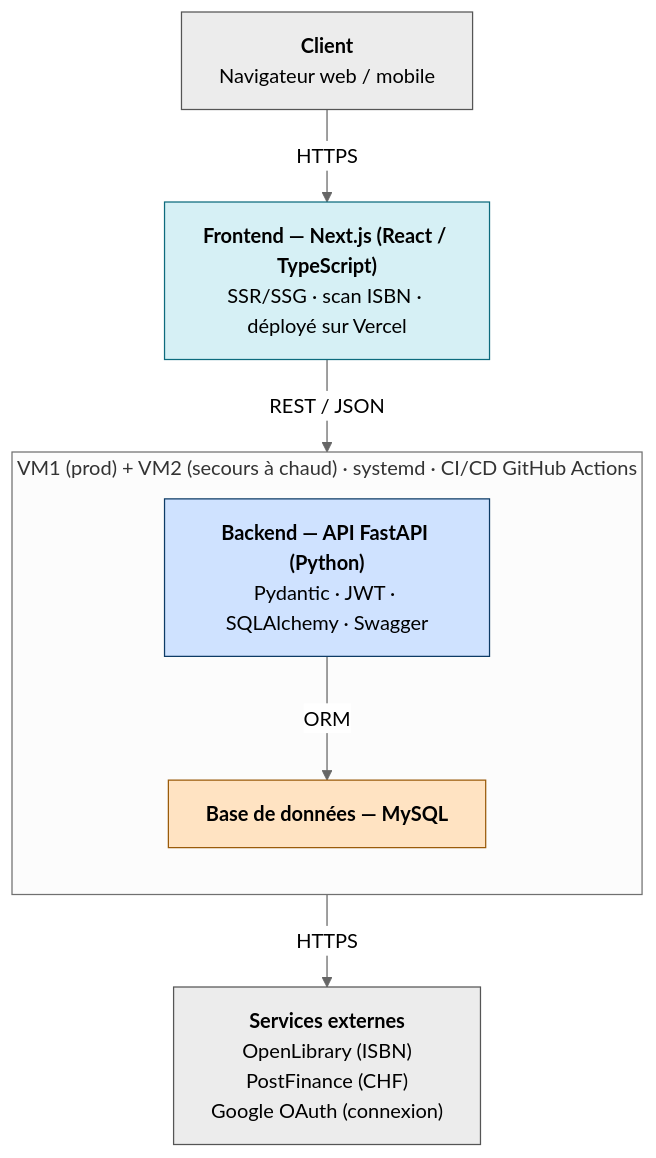
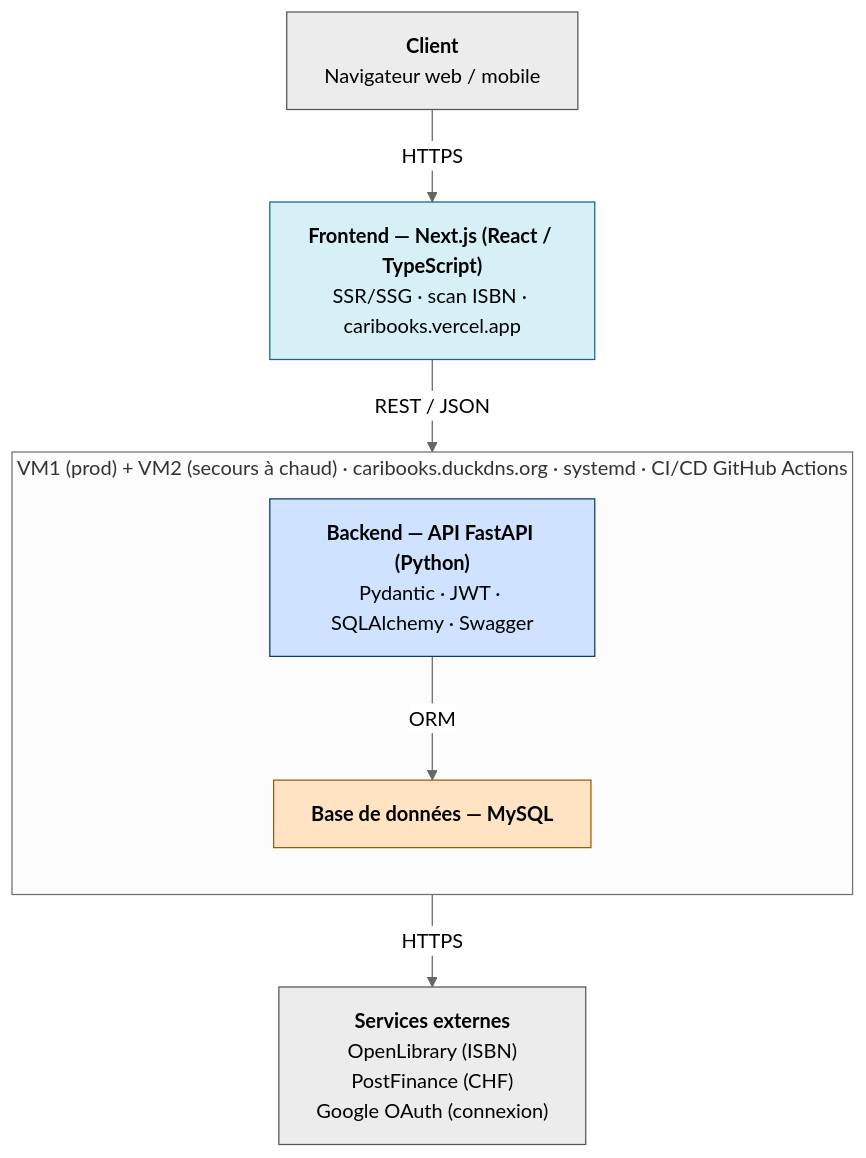
One commit to Visualstudiocodetest/caribooks changed the diagram in diagrams/architecture.mmd. Above: the diagram before and after it, drawn with Mermaid (neutral theme). The commit also changed 3 other files, not shown here.

First line of the commit message:
Fix swapped domain labels in deployment diagram, add them to architecture

```diff
--- a/diagrams/architecture.mmd
+++ b/diagrams/architecture.mmd
@@ -1,26 +1,26 @@
 %% Architecture technique — FastAPI / Next.js / MySQL / PostFinance
 flowchart TB
     client["<b>Client</b><br/>Navigateur web / mobile"]
-    front["<b>Frontend — Next.js (React / TypeScript)</b><br/>SSR/SSG · scan ISBN · déployé sur Vercel"]
-    subgraph vms["VM1 (prod) + VM2 (secours à chaud) · systemd · CI/CD GitHub Actions"]
+    front["<b>Frontend — Next.js (React / TypeScript)</b><br/>SSR/SSG · scan ISBN · caribooks.vercel.app"]
+    subgraph vms["VM1 (prod) + VM2 (secours à chaud) · caribooks.duckdns.org · systemd · CI/CD GitHub Actions"]
         direction TB
         api["<b>Backend — API FastAPI (Python)</b><br/>Pydantic · JWT · SQLAlchemy · Swagger"]
         db["<b>Base de données — MySQL</b>"]
         api -->|ORM| db
     end
     ext["<b>Services externes</b><br/>OpenLibrary (ISBN)<br/>PostFinance (CHF)<br/>Google OAuth (connexion)"]
 
     client -->|HTTPS| front
     front -->|REST / JSON| api
     api -->|HTTPS| ext
 
     classDef client fill:#ececec,stroke:#555;
     classDef front fill:#d6f0f5,stroke:#0d6b7d;
     classDef api fill:#cfe2ff,stroke:#0d3b66;
     classDef db fill:#ffe3c2,stroke:#9a5b0a;
     classDef ext fill:#ececec,stroke:#555;
     class client client;
     class front front;
     class api api;
     class db db;
     class ext ext;
```
